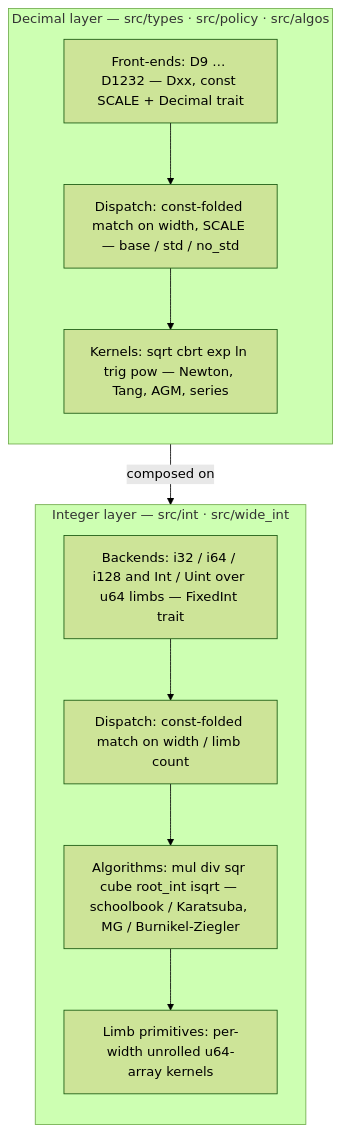
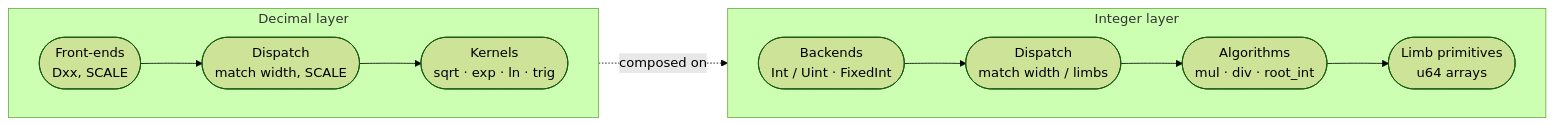
The first of 2 diagrams in docs/ARCHITECTURE.md (mootable/decimal-scaled), drawn with Mermaid (forest theme) before and after one commit.

Commit message:
docs(architecture): lighter horizontal layer diagram (rounded nodes, concise labels)

````diff
--- a/docs/ARCHITECTURE.md
+++ b/docs/ARCHITECTURE.md
@@ -25,19 +25,12 @@
 ```mermaid
-flowchart TB
-  subgraph DEC["Decimal layer — src/types · src/policy · src/algos"]
-    direction TB
-    D1["Front-ends: D9 … D1232 — Dxx, const SCALE + Decimal trait"]
-    D2["Dispatch: const-folded match on width, SCALE — base / std / no_std"]
-    D3["Kernels: sqrt cbrt exp ln trig pow — Newton, Tang, AGM, series"]
-    D1 --> D2 --> D3
+flowchart LR
+  subgraph DEC["Decimal layer"]
+    direction LR
+    D1(["Front-ends<br/>Dxx, SCALE"]) --> D2(["Dispatch<br/>match width, SCALE"]) --> D3(["Kernels<br/>sqrt · exp · ln · trig"])
   end
-  subgraph INT["Integer layer — src/int · src/wide_int"]
-    direction TB
-    I1["Backends: i32 / i64 / i128 and Int / Uint over u64 limbs — FixedInt trait"]
-    I2["Dispatch: const-folded match on width / limb count"]
-    I3["Algorithms: mul div sqr cube root_int isqrt — schoolbook / Karatsuba, MG / Burnikel-Ziegler"]
-    I4["Limb primitives: per-width unrolled u64-array kernels"]
-    I1 --> I2 --> I3 --> I4
+  subgraph INT["Integer layer"]
+    direction LR
+    I1(["Backends<br/>Int / Uint · FixedInt"]) --> I2(["Dispatch<br/>match width / limbs"]) --> I3(["Algorithms<br/>mul · div · root_int"]) --> I4(["Limb primitives<br/>u64 arrays"])
   end
-  D3 -->|composed on| I1
+  D3 -. composed on .-> I1
 ```
````
